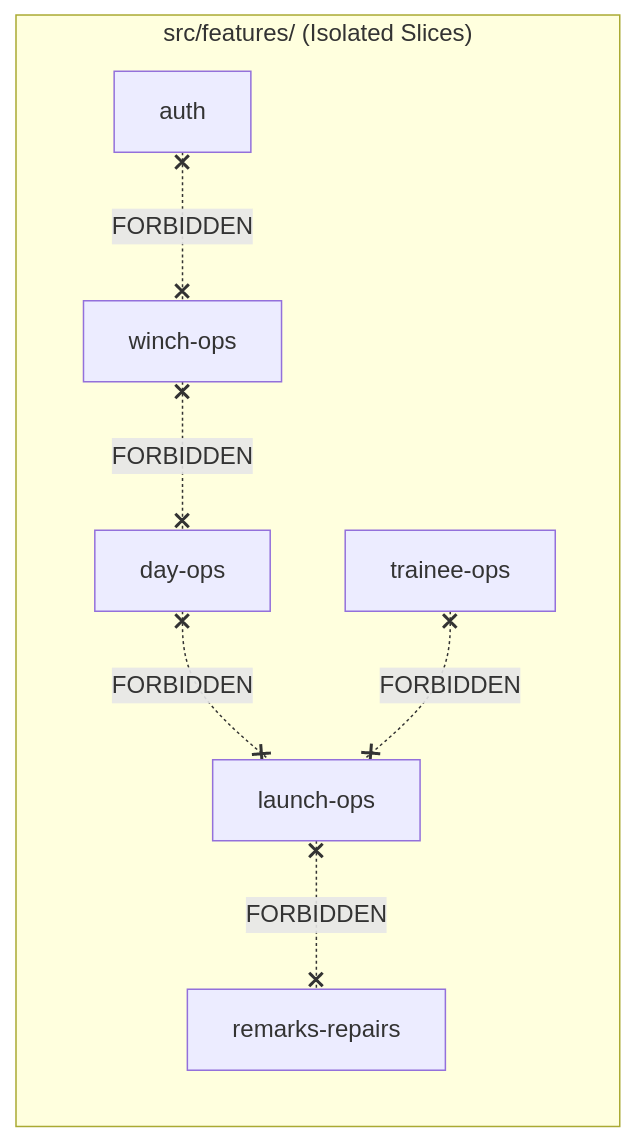
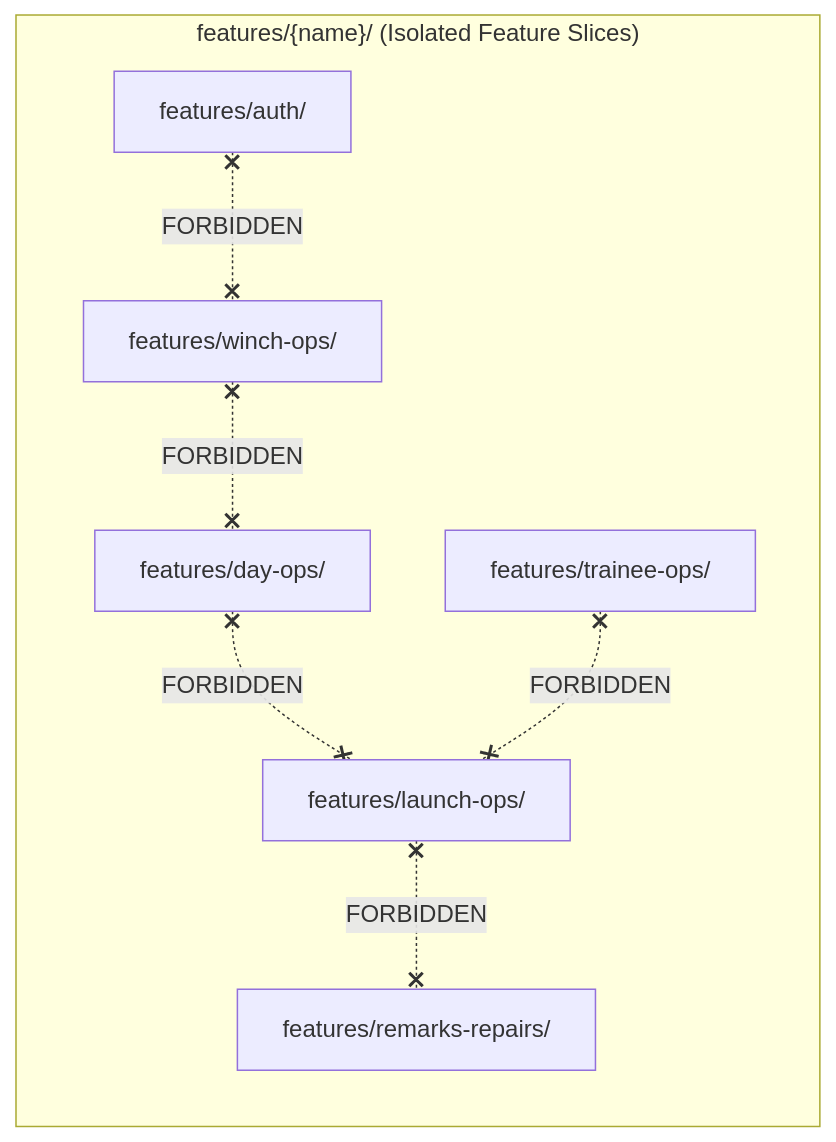
The second of 3 diagrams in docs/diagrams/frontend-feature-diagram.md (Rodojodo/vikingwinch), drawn with Mermaid before and after one commit. The commit also changed other lines of this file and 3 other files, not shown here.

Commit message:
docs: finalize feature diagrams, state flow, and optimistic flow

````diff
--- a/docs/diagrams/frontend-feature-diagram.md
+++ b/docs/diagrams/frontend-feature-diagram.md
@@ -43,17 +51,17 @@
 ```mermaid
 flowchart LR
-    subgraph features["src/features/ (Isolated Slices)"]
-        auth["auth"]
-        day_ops["day-ops"]
-        launch_ops["launch-ops"]
-        remarks_repairs["remarks-repairs"]
-        trainee_ops["trainee-ops"]
-        winch_ops["winch-ops"]
+   subgraph slices["features/{name}/ (Isolated Feature Slices)"]
+      auth["features/auth/"]
+      day_ops["features/day-ops/"]
+      launch_ops["features/launch-ops/"]
+      remarks_repairs["features/remarks-repairs/"]
+      trainee_ops["features/trainee-ops/"]
+      winch_ops["features/winch-ops/"]
     end
 
     day_ops x-.-x|" FORBIDDEN "| launch_ops
     launch_ops x-.-x|" FORBIDDEN "| remarks_repairs
     trainee_ops x-.-x|" FORBIDDEN "| launch_ops
     winch_ops x-.-x|" FORBIDDEN "| day_ops
     auth x-.-x|" FORBIDDEN "| winch_ops
 ```
````
